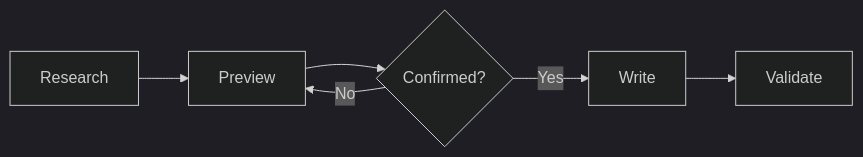
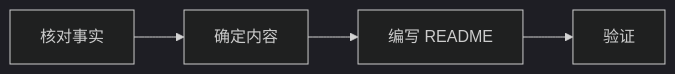
One commit to koco-co/build-goals changed the diagram in skills/build-readme/examples/readme.example.md. Above: the diagram before and after it, drawn with Mermaid (dark theme). The commit also changed other lines of this file and 122 other files, not shown here.

````diff
--- a/skills/build-readme/examples/readme.example.md
+++ b/skills/build-readme/examples/readme.example.md
@@ -29,8 +18,6 @@
 ```mermaid
 flowchart LR
-    A[Research] --> B[Preview]
-    B --> C{Confirmed?}
-    C -->|Yes| D[Write]
-    C -->|No| B
-    D --> E[Validate]
+    A[核对事实] --> B[确定内容]
+    B --> C[编写 README]
+    C --> D[验证]
 ```
````
